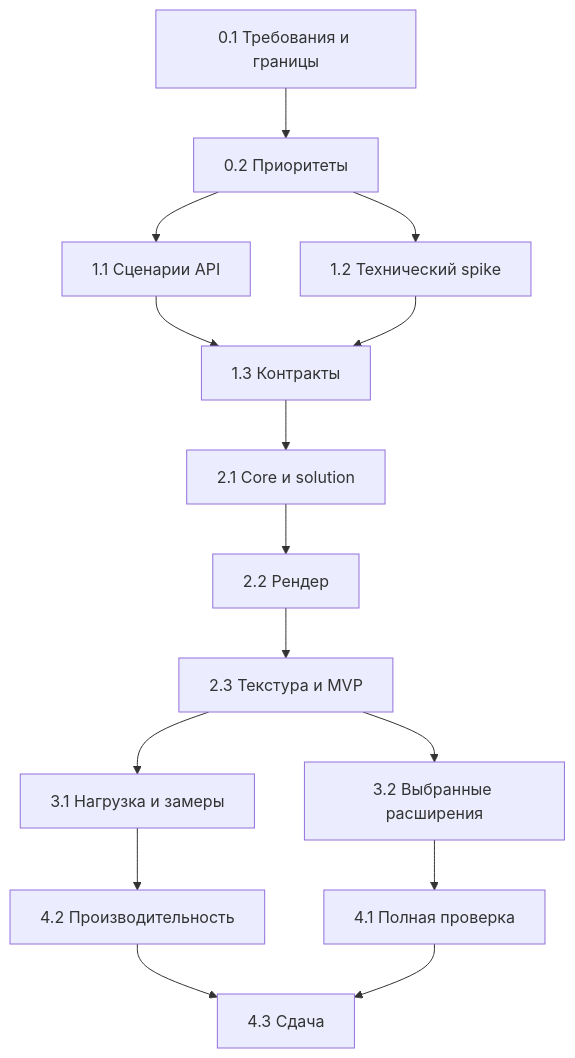
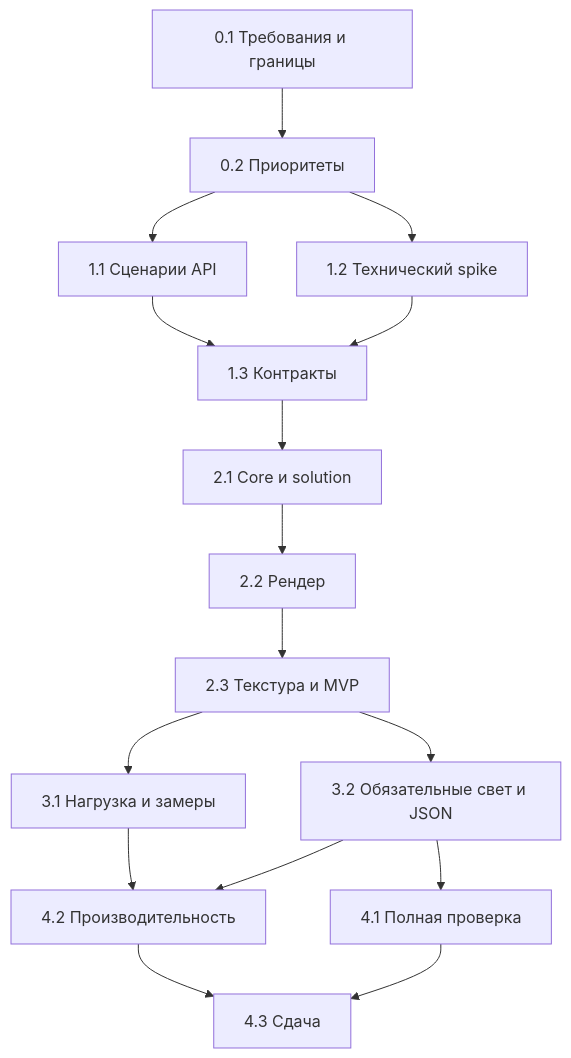
One commit to alken1t15/simple-3d-engine changed the second of 2 diagrams in project_plan.md. Above: the diagram before and after it, drawn with Mermaid. The commit also changed other lines of this file and 1 other file, not shown here.

````diff
--- a/project_plan.md
+++ b/project_plan.md
@@ -378,17 +380,18 @@
 ```mermaid
 flowchart TD
     A[0.1 Требования и границы] --> B[0.2 Приоритеты]
     B --> C[1.1 Сценарии API]
     B --> D[1.2 Технический spike]
     C --> E[1.3 Контракты]
     D --> E
     E --> F[2.1 Core и solution]
     F --> G[2.2 Рендер]
     G --> H[2.3 Текстура и MVP]
     H --> I[3.1 Нагрузка и замеры]
-    H --> J[3.2 Выбранные расширения]
+    H --> J[3.2 Обязательные свет и JSON]
     I --> K[4.2 Производительность]
+    J --> K
     J --> L[4.1 Полная проверка]
     K --> M[4.3 Сдача]
     L --> M
 ```
````
